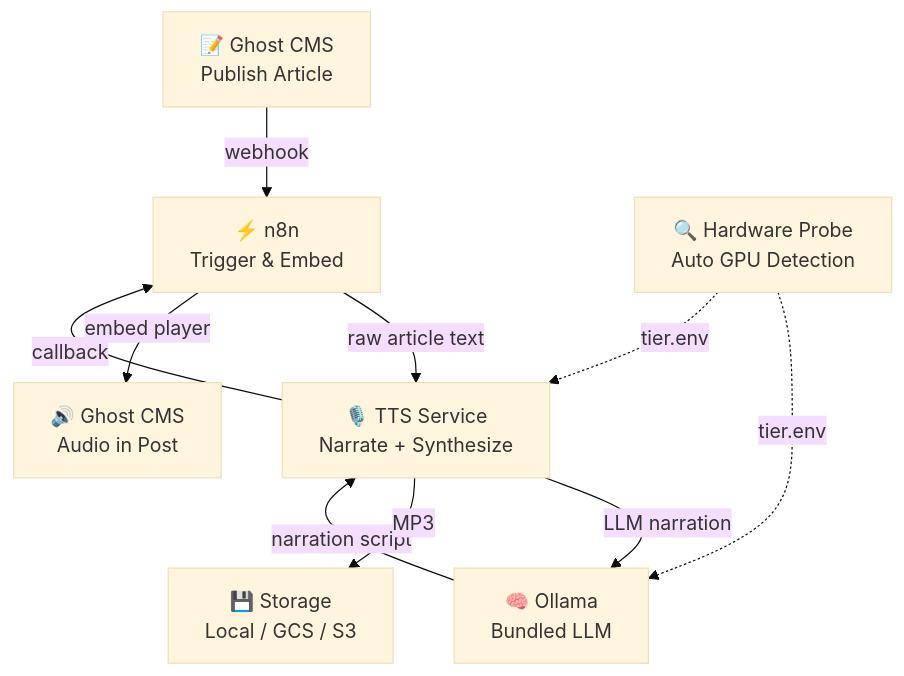
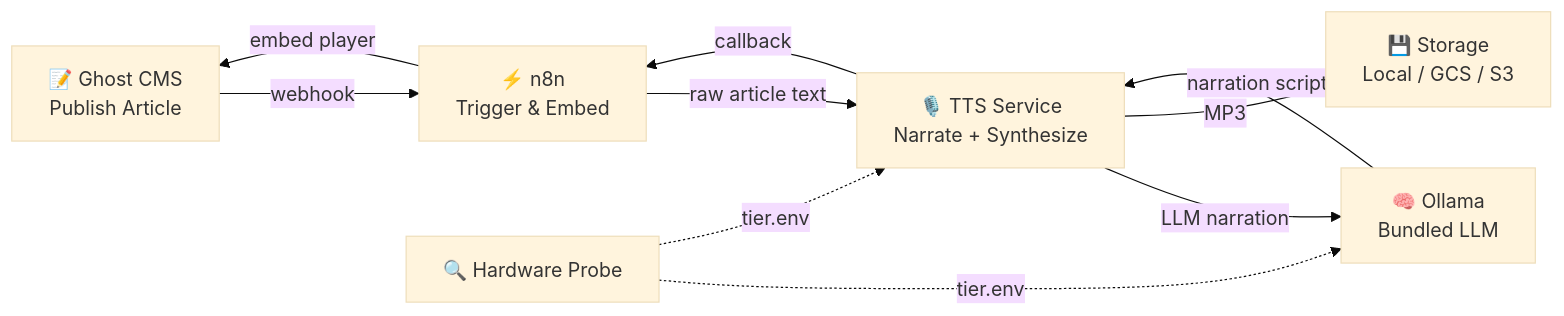
One commit to getsimpledirect/ghost-narrator changed the diagram in README.md. Above: the diagram before and after it, drawn with Mermaid (base theme). The commit also changed 1 other file, not shown here.

Commit message:
docs: rewrite all diagrams as clean LR mermaid flowcharts
- Architecture Overview: TD subgraph mess → clean LR flowchart
- Narration Pipeline: ASCII art → mermaid flowchart TD
- README: TD → LR for consistency, simplified node labels

````diff
--- a/README.md
+++ b/README.md
@@ -68,12 +68,12 @@
 ```mermaid
-flowchart TD
+flowchart LR
     A["📝 Ghost CMS<br>Publish Article"] -->|"webhook"| B["⚡ n8n<br>Trigger & Embed"]
     B -->|"raw article text"| E["🎙️ TTS Service<br>Narrate + Synthesize"]
     E -->|"LLM narration"| C["🧠 Ollama<br>Bundled LLM"]
     C -->|"narration script"| E
     E -->|"MP3"| F["💾 Storage<br>Local / GCS / S3"]
     E -->|"callback"| B
-    B -->|"embed player"| G["🔊 Ghost CMS<br>Audio in Post"]
-    H["🔍 Hardware Probe<br>Auto GPU Detection"] -.->|"tier.env"| C
+    B -->|"embed player"| A
+    H["🔍 Hardware Probe"] -.->|"tier.env"| C
     H -.->|"tier.env"| E
 ```
````
